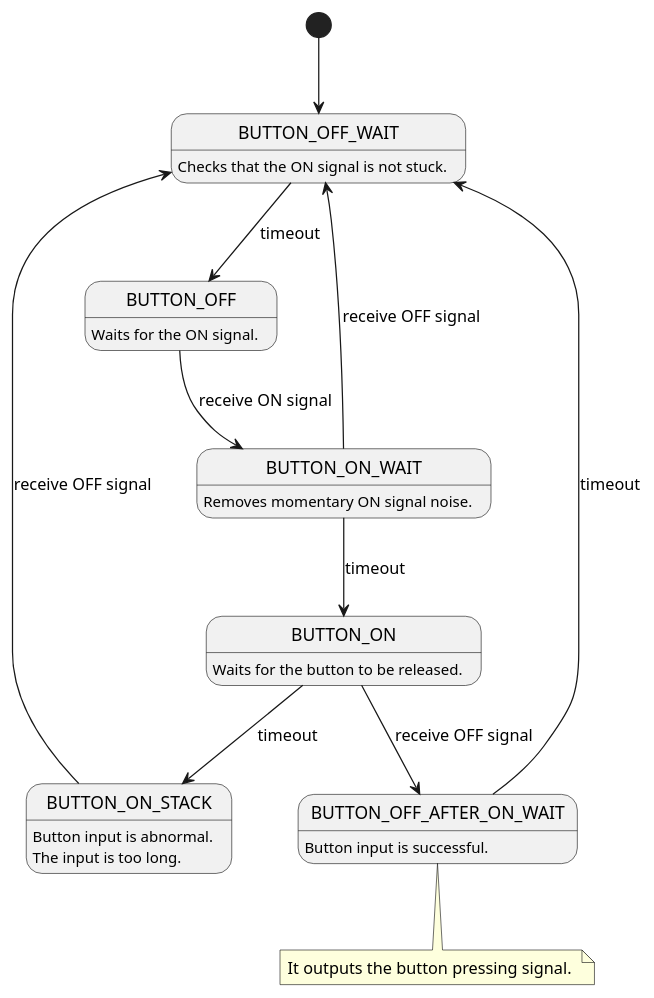
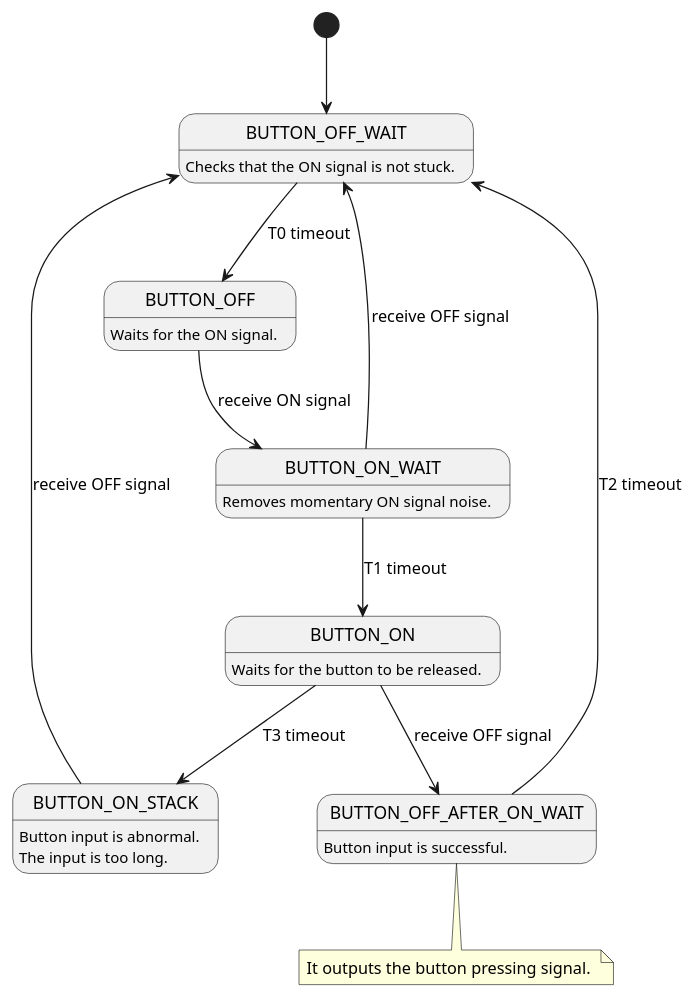
The diagram in docs/state_machine.pu (eve-autonomy/button_manager), drawn with PlantUML before and after one commit. The commit also changed 1 other file, not shown here.

Commit message:
feat(readme): add parameters id and reflect to plantuml

```diff
--- a/docs/state_machine.pu
+++ b/docs/state_machine.pu
@@ -1,28 +1,28 @@
 @startuml
 
 [*] --> BUTTON_OFF_WAIT
-BUTTON_OFF_WAIT --> BUTTON_OFF : timeout
+BUTTON_OFF_WAIT --> BUTTON_OFF : T0 timeout
 BUTTON_OFF --> BUTTON_ON_WAIT : receive ON signal
 BUTTON_ON_WAIT --> BUTTON_OFF_WAIT : receive OFF signal
-BUTTON_ON_WAIT --> BUTTON_ON : timeout
-BUTTON_ON --> BUTTON_ON_STACK : timeout
+BUTTON_ON_WAIT --> BUTTON_ON : T1 timeout
+BUTTON_ON --> BUTTON_ON_STACK : T3 timeout
 BUTTON_ON --> BUTTON_OFF_AFTER_ON_WAIT : receive OFF signal
 BUTTON_ON_STACK --> BUTTON_OFF_WAIT : receive OFF signal
-BUTTON_OFF_AFTER_ON_WAIT --> BUTTON_OFF_WAIT : timeout
+BUTTON_OFF_AFTER_ON_WAIT --> BUTTON_OFF_WAIT : T2 timeout
 
 BUTTON_OFF_WAIT : Checks that the ON signal is not stuck.
 
 BUTTON_OFF : Waits for the ON signal.
 
 BUTTON_ON_WAIT : Removes momentary ON signal noise.
 
 BUTTON_ON : Waits for the button to be released.
 
 BUTTON_ON_STACK : Button input is abnormal.
 BUTTON_ON_STACK : The input is too long.
 
 BUTTON_OFF_AFTER_ON_WAIT : Button input is successful.
 note bottom of BUTTON_OFF_AFTER_ON_WAIT {
   It outputs the button pressing signal. 
 }
 @enduml
```
